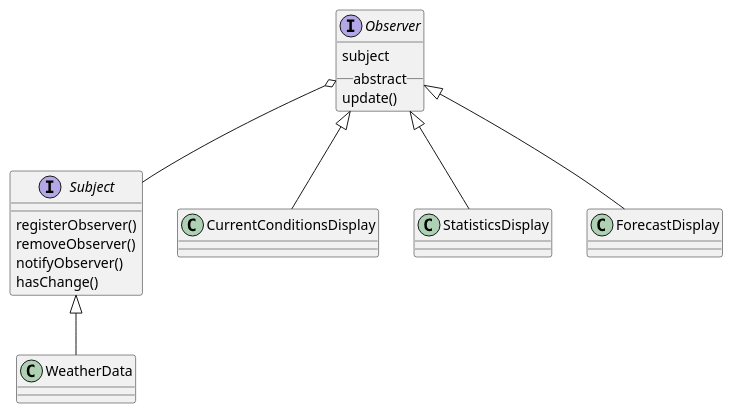
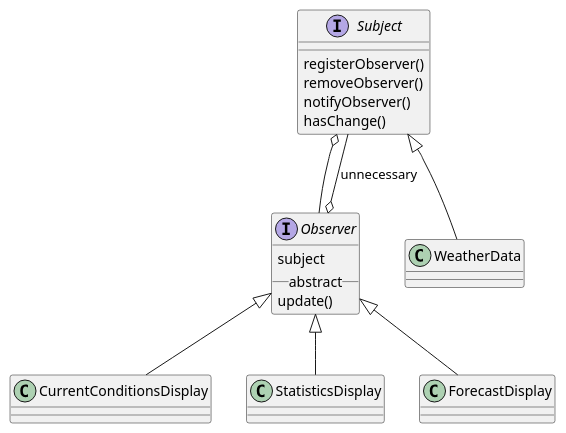
The diagram in ObserverPattern/ObserverPattern.puml (gama79530/DesignPattern), drawn with PlantUML before and after one commit.

Commit message:
update Observer Pattern

```diff
--- a/ObserverPattern/ObserverPattern.puml
+++ b/ObserverPattern/ObserverPattern.puml
@@ -1,24 +1,25 @@
 @startuml
 
 interface Subject{
     registerObserver()
     removeObserver()
     notifyObserver()
     hasChange()
 }
 
 interface Observer{
     subject
     __ abstract __
     update()
 }
 
 Subject <|-- WeatherData
 
 Observer <|-- CurrentConditionsDisplay
 Observer <|-- StatisticsDisplay
 Observer <|-- ForecastDisplay
 
-Observer o-- Subject
+Subject o-- Observer
+Observer o-- Subject : unnecessary
 
 @enduml
```
